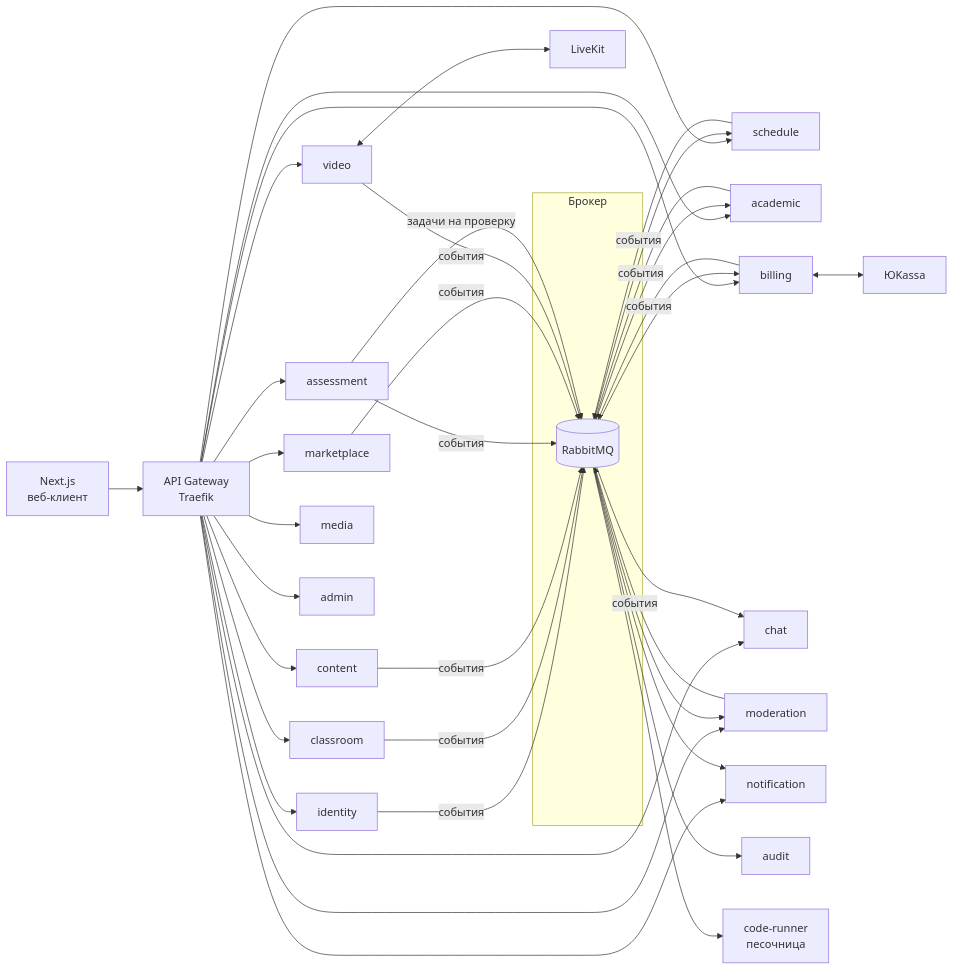
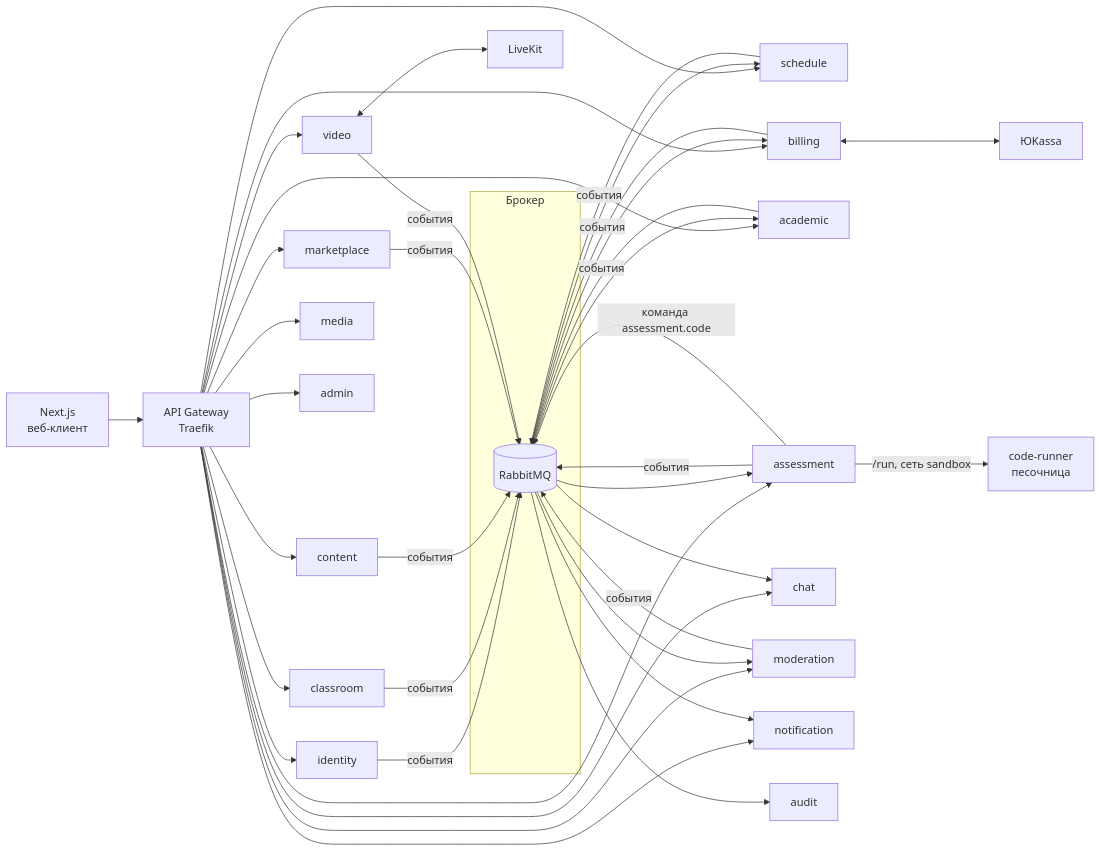
One commit to qelio/testmatica changed the diagram in docs/architecture.md. Above: the diagram before and after it, drawn with Mermaid. The commit also changed other lines of this file and 91 other files, not shown here.

````diff
--- a/docs/architecture.md
+++ b/docs/architecture.md
@@ -8,14 +8,15 @@
 ```mermaid
 flowchart LR
     Web[Next.js<br/>веб-клиент] --> GW[API Gateway<br/>Traefik]
     GW --> identity & classroom & schedule & content & assessment & academic
     GW --> marketplace & billing & chat & video & moderation & media & notification & admin
     subgraph Брокер
       MQ[(RabbitMQ)]
     end
     identity & classroom & schedule & content & assessment & academic & marketplace & billing & video & moderation -- события --> MQ
     MQ --> notification & audit & chat & academic & billing & schedule & moderation
-    assessment -- задачи на проверку --> MQ --> runner[code-runner<br/>песочница]
+    assessment -- команда assessment.code --> MQ --> assessment
+    assessment -- /run, сеть sandbox --> runner[code-runner<br/>песочница]
     video <--> LK[LiveKit]
     billing <--> YK[ЮKassa]
 ```
````
